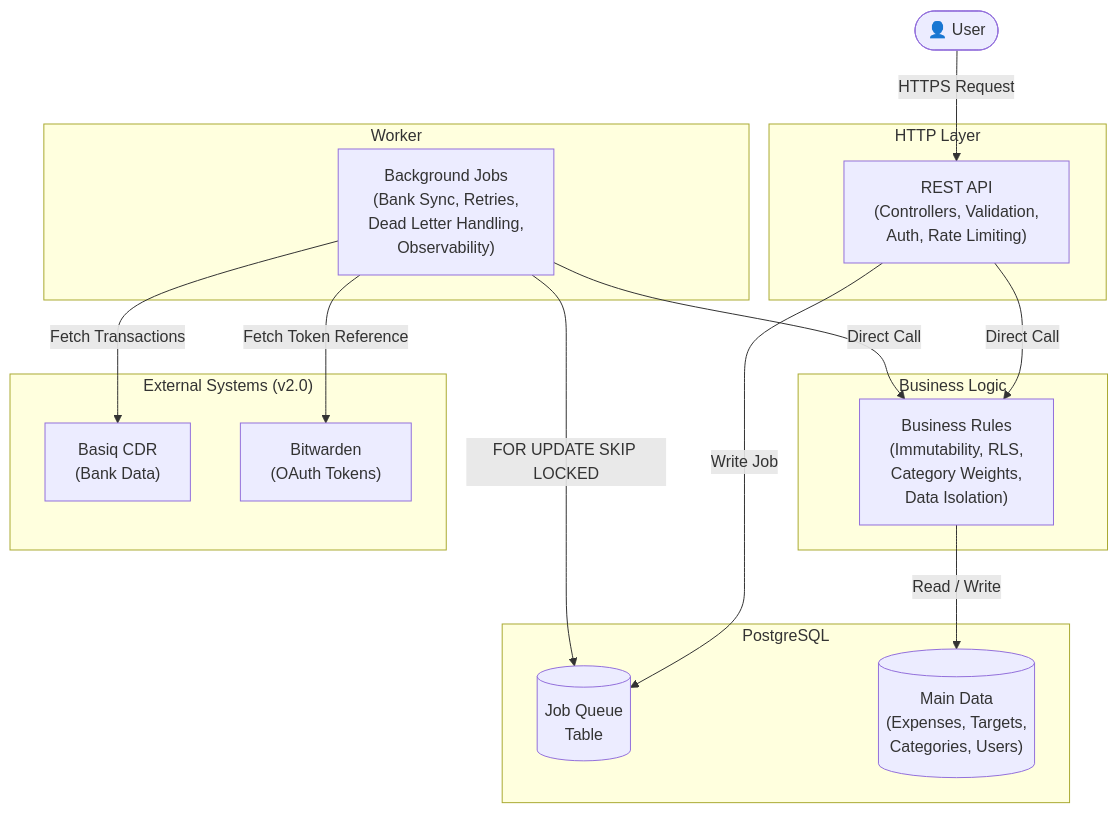
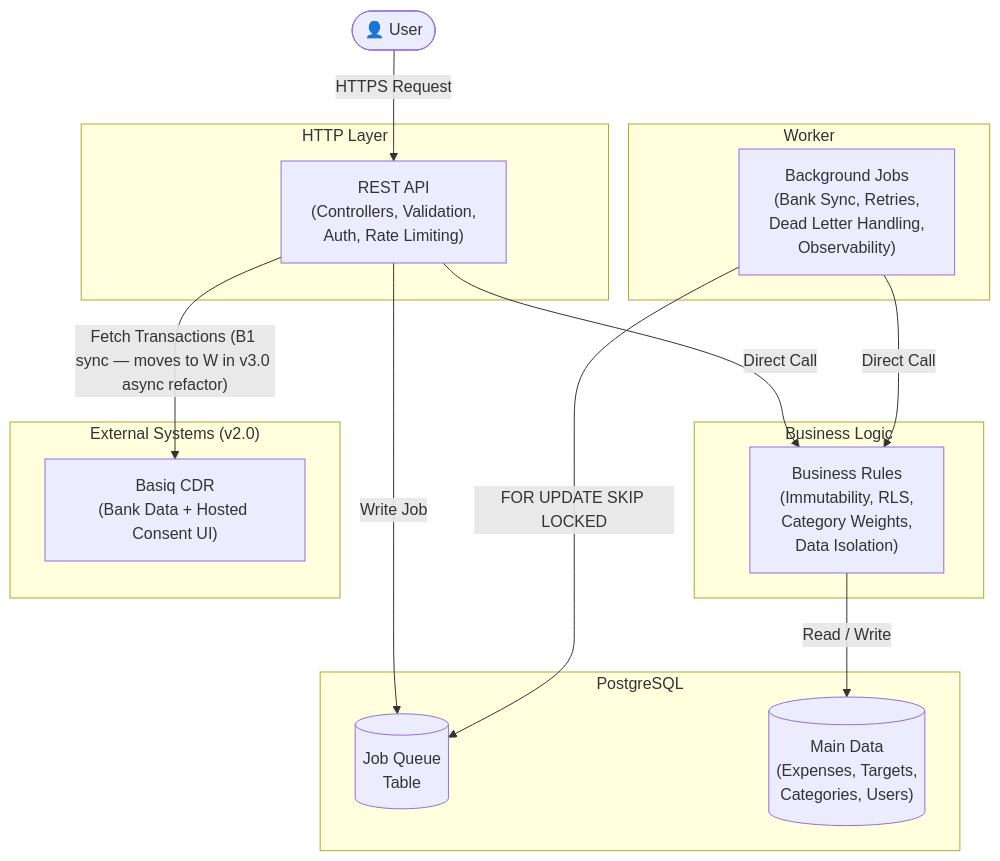
Before and after one commit to Curiosity-Advocate/expense-tracker: the diagram in MVP/docs/architecture/module-boundaries.md, drawn with Mermaid. The commit also changed other lines of this file and 9 other files, not shown here.

````diff
--- a/MVP/docs/architecture/module-boundaries.md
+++ b/MVP/docs/architecture/module-boundaries.md
@@ -137,35 +141,33 @@
 ```mermaid
 graph TB
     User(["👤 User"])
 
     subgraph HTTP ["HTTP Layer"]
         API["REST API<br/>(Controllers, Validation,<br/>Auth, Rate Limiting)"]
     end
 
     subgraph Core ["Business Logic"]
         BL["Business Rules<br/>(Immutability, RLS,<br/>Category Weights,<br/>Data Isolation)"]
     end
 
     subgraph Worker ["Worker"]
         W["Background Jobs<br/>(Bank Sync, Retries,<br/>Dead Letter Handling,<br/>Observability)"]
     end
 
     subgraph DB ["PostgreSQL"]
         JQ[("Job Queue<br/>Table")]
         MD[("Main Data<br/>(Expenses, Targets,<br/>Categories, Users)")]
     end
 
     subgraph External ["External Systems (v2.0)"]
-        Basiq["Basiq CDR<br/>(Bank Data)"]
-        BW["Bitwarden<br/>(OAuth Tokens)"]
+        Basiq["Basiq CDR<br/>(Bank Data + Hosted Consent UI)"]
     end
 
     User -->|"HTTPS Request"| API
     API -->|"Direct Call"| BL
     API -->|"Write Job"| JQ
     W -->|"FOR UPDATE SKIP LOCKED"| JQ
     W -->|"Direct Call"| BL
     BL -->|"Read / Write"| MD
-    W -->|"Fetch Transactions"| Basiq
-    W -->|"Fetch Token Reference"| BW
+    API -->|"Fetch Transactions (B1 sync — moves to W in v3.0 async refactor)"| Basiq
 ```
````
